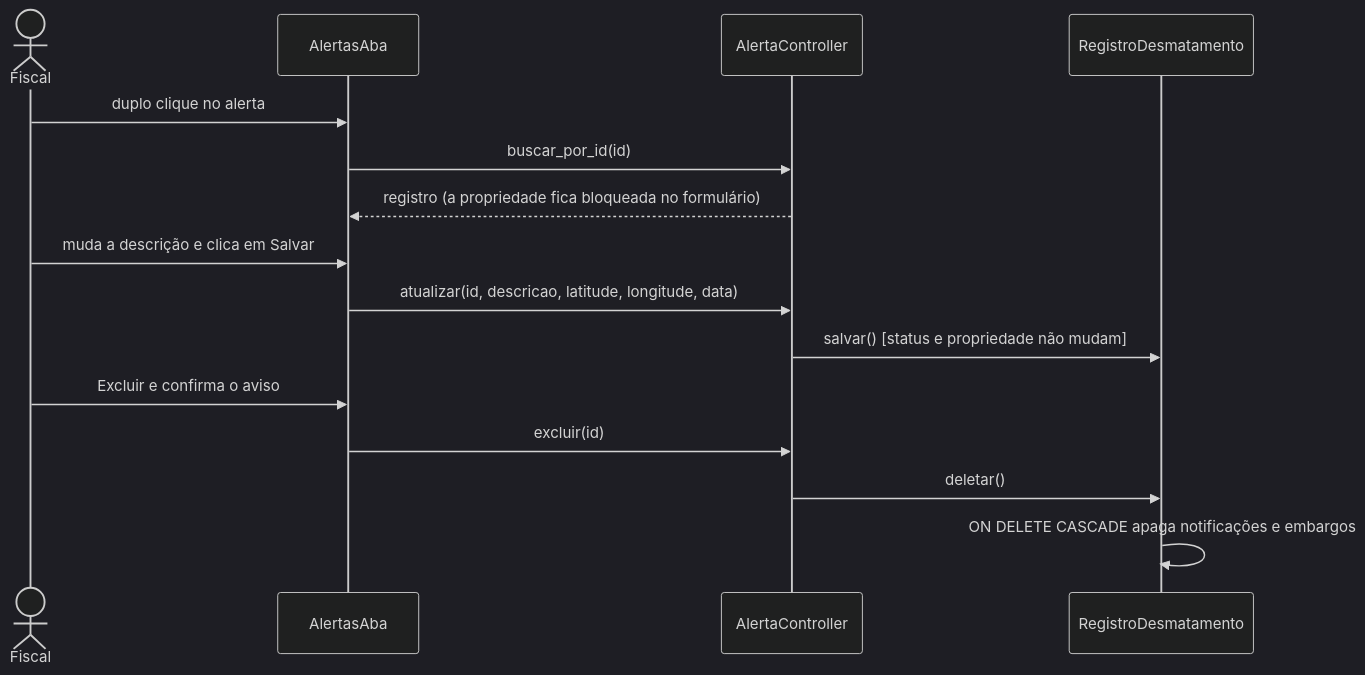
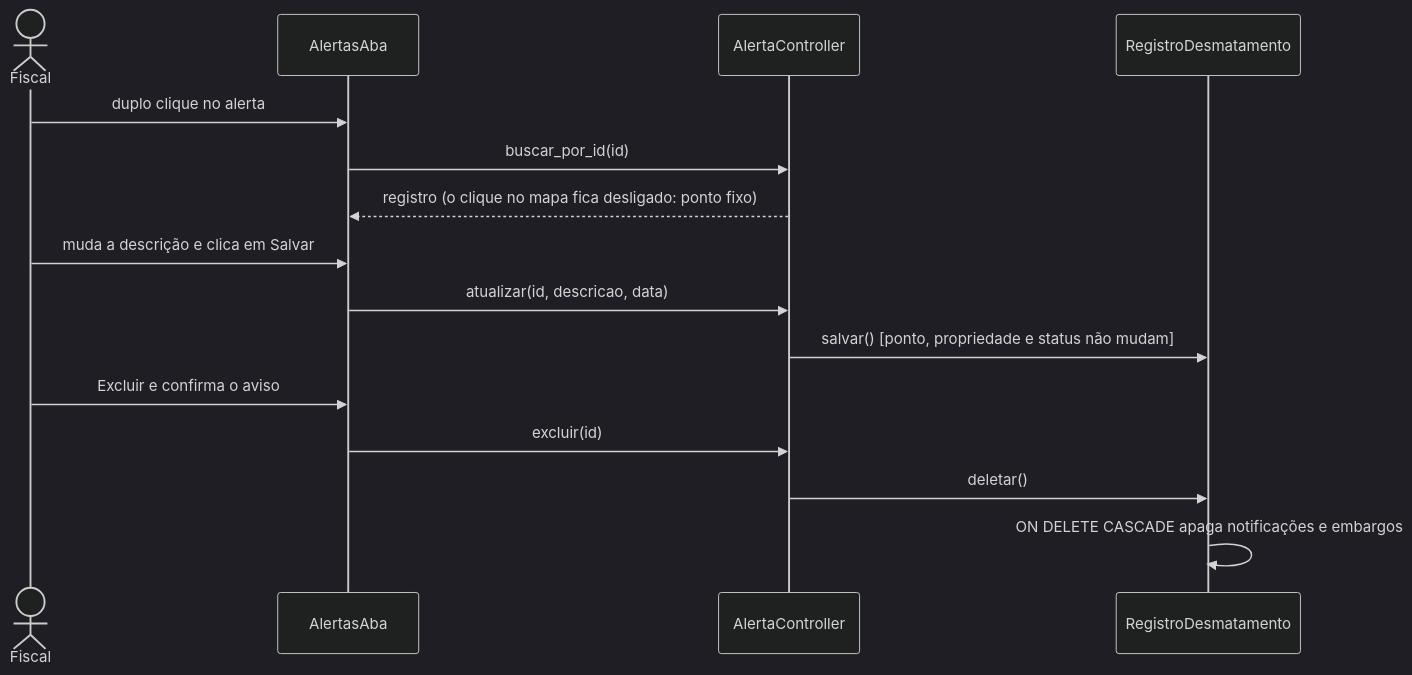
Before and after one commit to pedrohrossetto/sys-car: the fourth of 7 diagrams in docs/fiscalizacao/diagramas.pt-br.md, drawn with Mermaid (dark theme). The commit also changed other lines of this file and 17 other files, not shown here.

First line of the commit message:
docs: ADR-C05, ADR-002, ADR-F14 e diagramas com o mapa

````diff
--- a/docs/fiscalizacao/diagramas.pt-br.md
+++ b/docs/fiscalizacao/diagramas.pt-br.md
@@ -87,18 +93,18 @@
 ```mermaid
 sequenceDiagram
     actor Fiscal
     participant AA as AlertasAba
     participant AC as AlertaController
     participant R as RegistroDesmatamento
 
     Fiscal->>AA: duplo clique no alerta
     AA->>AC: buscar_por_id(id)
-    AC-->>AA: registro (a propriedade fica bloqueada no formulário)
+    AC-->>AA: registro (o clique no mapa fica desligado: ponto fixo)
     Fiscal->>AA: muda a descrição e clica em Salvar
-    AA->>AC: atualizar(id, descricao, latitude, longitude, data)
-    AC->>R: salvar() [status e propriedade não mudam]
+    AA->>AC: atualizar(id, descricao, data)
+    AC->>R: salvar() [ponto, propriedade e status não mudam]
     Fiscal->>AA: Excluir e confirma o aviso
     AA->>AC: excluir(id)
     AC->>R: deletar()
     R->>R: ON DELETE CASCADE apaga notificações e embargos
 ```
````
